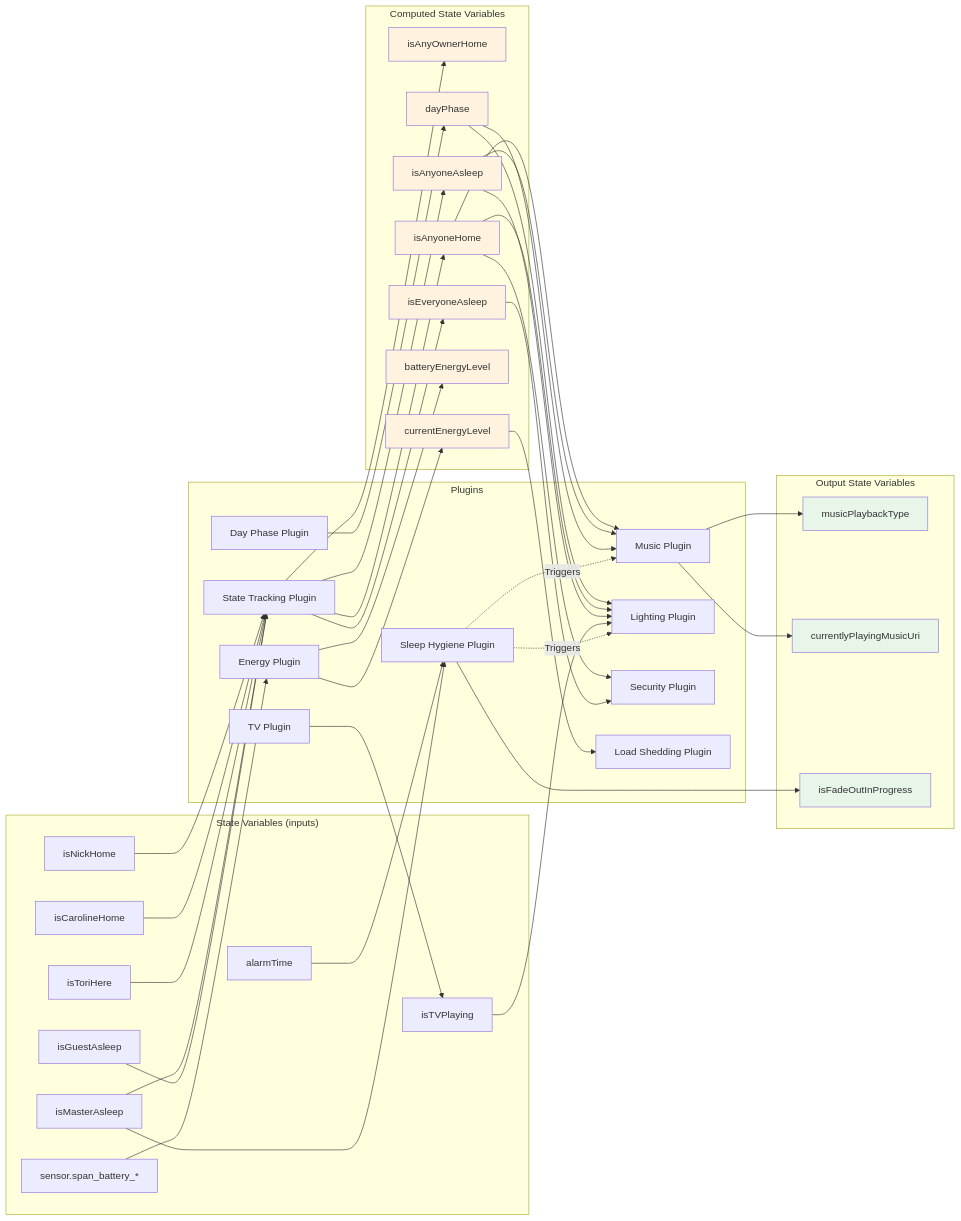
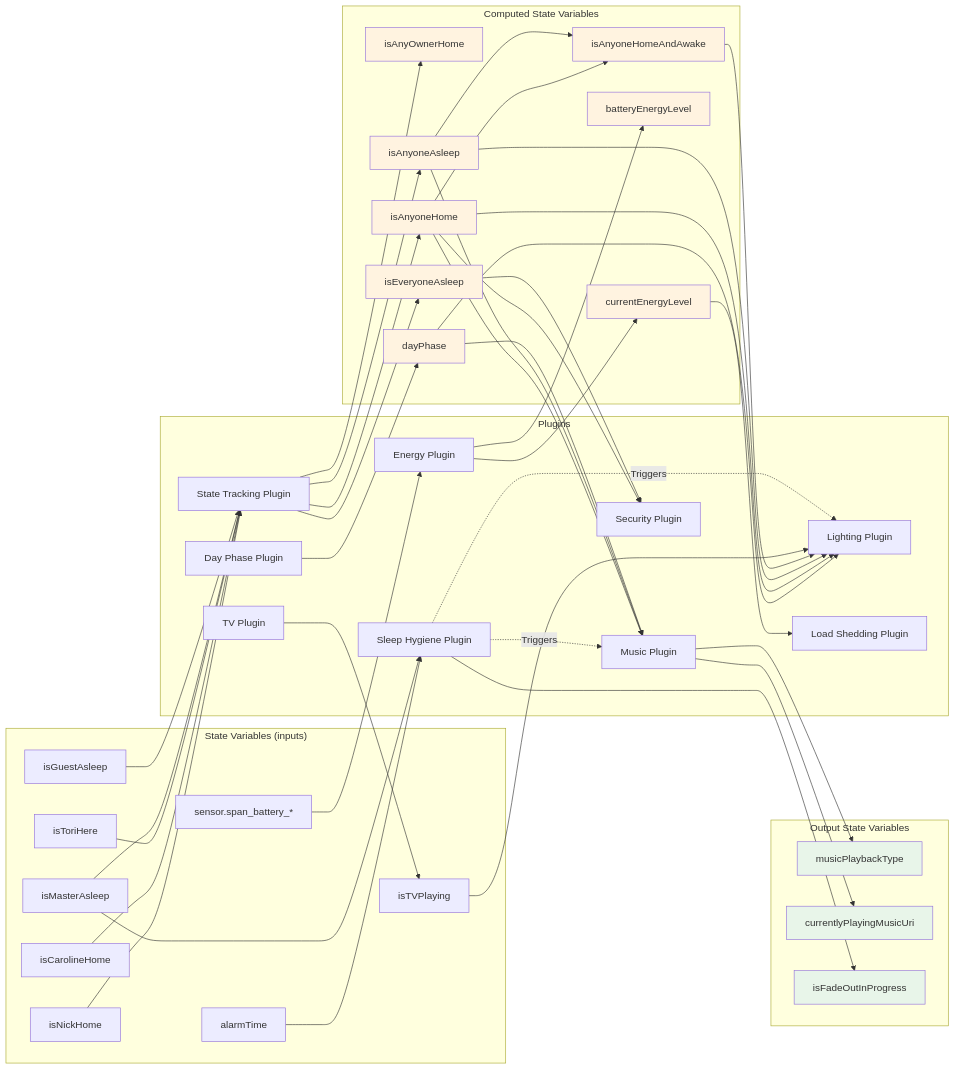
The seventh of 7 diagrams in docs/architecture/VISUAL_ARCHITECTURE.md (NickBorgersOnLowSecurityNode/home-automation), drawn with Mermaid before and after one commit. The commit also changed other lines of this file, not shown here.

First line of the commit message:
docs: Add isAnyoneHomeAndAwake to architecture diagrams

```diff
--- a/docs/architecture/VISUAL_ARCHITECTURE.md
+++ b/docs/architecture/VISUAL_ARCHITECTURE.md
@@ -461,6 +471,7 @@
         AnyoneHome[isAnyoneHome]
         AnyoneAsleep[isAnyoneAsleep]
         EveryoneAsleep[isEveryoneAsleep]
+        AnyoneHomeAndAwake[isAnyoneHomeAndAwake]
         DayPhase[dayPhase]
         BatteryLevel[batteryEnergyLevel]
         CurrentEnergy[currentEnergyLevel]
@@ -495,6 +506,9 @@
     StateTracking --> AnyoneAsleep
     StateTracking --> EveryoneAsleep
 
+    AnyoneHome --> AnyoneHomeAndAwake
+    AnyoneAsleep --> AnyoneHomeAndAwake
+
     DayPhasePlugin --> DayPhase
 
     AnyoneHome --> Music
@@ -506,6 +520,7 @@
     DayPhase --> Lighting
     AnyoneHome --> Lighting
     AnyoneAsleep --> Lighting
+    AnyoneHomeAndAwake --> Lighting
     TVPlaying --> Lighting
 
     BatteryPercent --> Energy
@@ -529,6 +544,7 @@
     style AnyoneHome fill:#fff3e0
     style AnyoneAsleep fill:#fff3e0
     style EveryoneAsleep fill:#fff3e0
+    style AnyoneHomeAndAwake fill:#fff3e0
     style DayPhase fill:#fff3e0
     style BatteryLevel fill:#fff3e0
     style CurrentEnergy fill:#fff3e0
```
